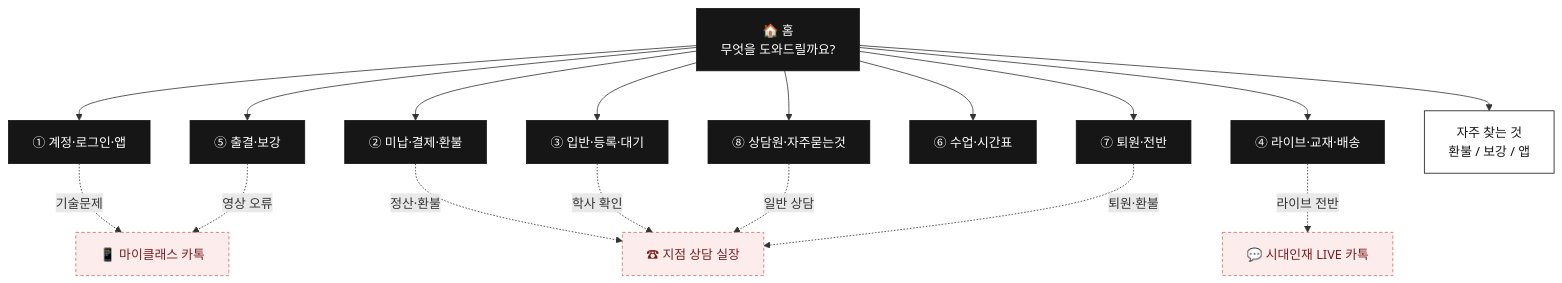
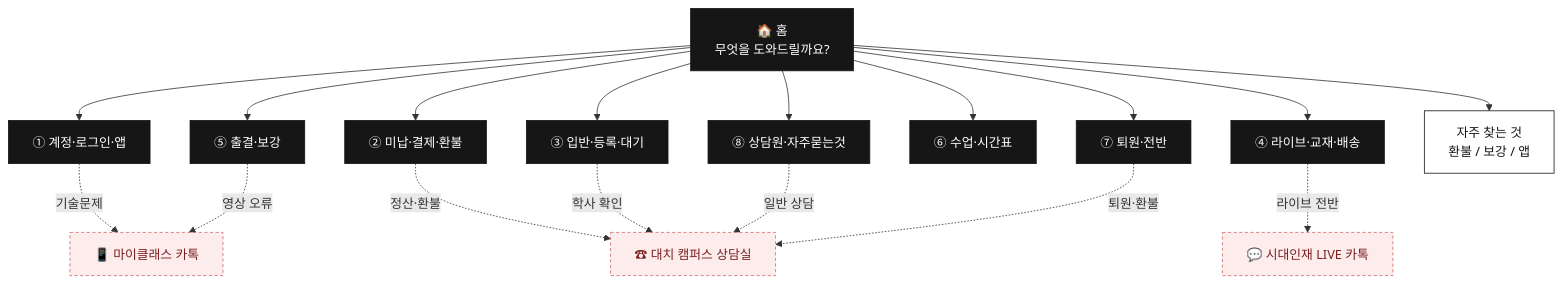
The second of 12 diagrams in analysis/myclass-chatbot/SCENARIO_PLAN.md (layr8x/Wiki), drawn with Mermaid before and after one commit. The commit also changed other lines of this file and 8 other files, not shown here.

````diff
--- a/analysis/myclass-chatbot/SCENARIO_PLAN.md
+++ b/analysis/myclass-chatbot/SCENARIO_PLAN.md
@@ -62,25 +63,25 @@
 ```mermaid
 flowchart TD
   H["🏠 홈<br/>무엇을 도와드릴까요?"]:::menu
   H --> M1["① 계정·로그인·앱"]:::menu
   H --> M2["② 미납·결제·환불"]:::menu
   H --> M3["③ 입반·등록·대기"]:::menu
   H --> M4["④ 라이브·교재·배송"]:::menu
   H --> M5["⑤ 출결·보강"]:::menu
   H --> M6["⑥ 수업·시간표"]:::menu
   H --> M7["⑧ 상담원·자주묻는것"]:::menu
   H --> M8["⑦ 퇴원·전반"]:::menu
   H --> FAQ["자주 찾는 것<br/>환불 / 보강 / 앱"]:::step
 
   M1 -.기술문제.-> CT["📱 마이클래스 카톡"]:::hand
-  M2 -.정산·환불.-> CP["☎ 지점 상담 실장"]:::hand
+  M2 -.정산·환불.-> CP["☎ 대치 캠퍼스 상담실"]:::hand
   M3 -.학사 확인.-> CP
   M4 -.라이브 전반.-> CL["💬 시대인재 LIVE 카톡"]:::hand
   M5 -.영상 오류.-> CT
   M7 -.일반 상담.-> CP
   M8 -.퇴원·환불.-> CP
 
   classDef menu fill:#161616,color:#ffffff,stroke:#161616;
   classDef step fill:#ffffff,color:#161616,stroke:#161616;
   classDef hand fill:#fdecec,color:#7a1f1f,stroke:#d06a6a,stroke-dasharray:4 3;
 ```
````
